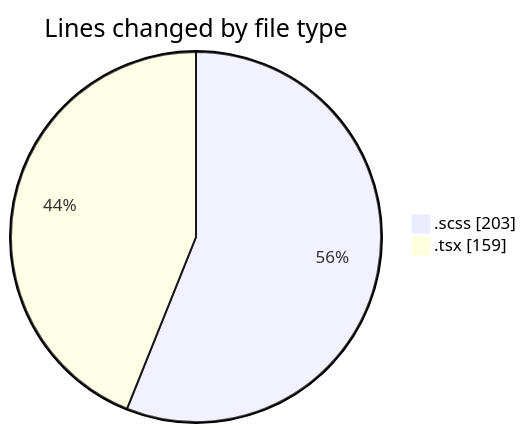
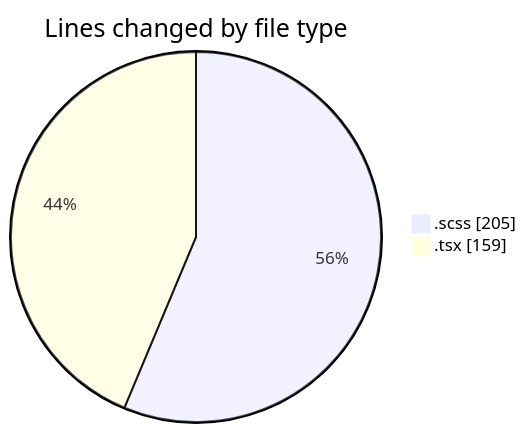
The first of 2 diagrams in 2025-08-28/cda/README.md (momahboobian/code-tracking), drawn with Mermaid before and after one commit. The commit also changed other lines of this file and 1 other file, not shown here.

````diff
--- a/2025-08-28/cda/README.md
+++ b/2025-08-28/cda/README.md
@@ -21,6 +21,6 @@
 ```mermaid
 pie showData
 title Lines changed by file type
-".scss" : 203
+".scss" : 205
 ".tsx" : 159
 ```
````
